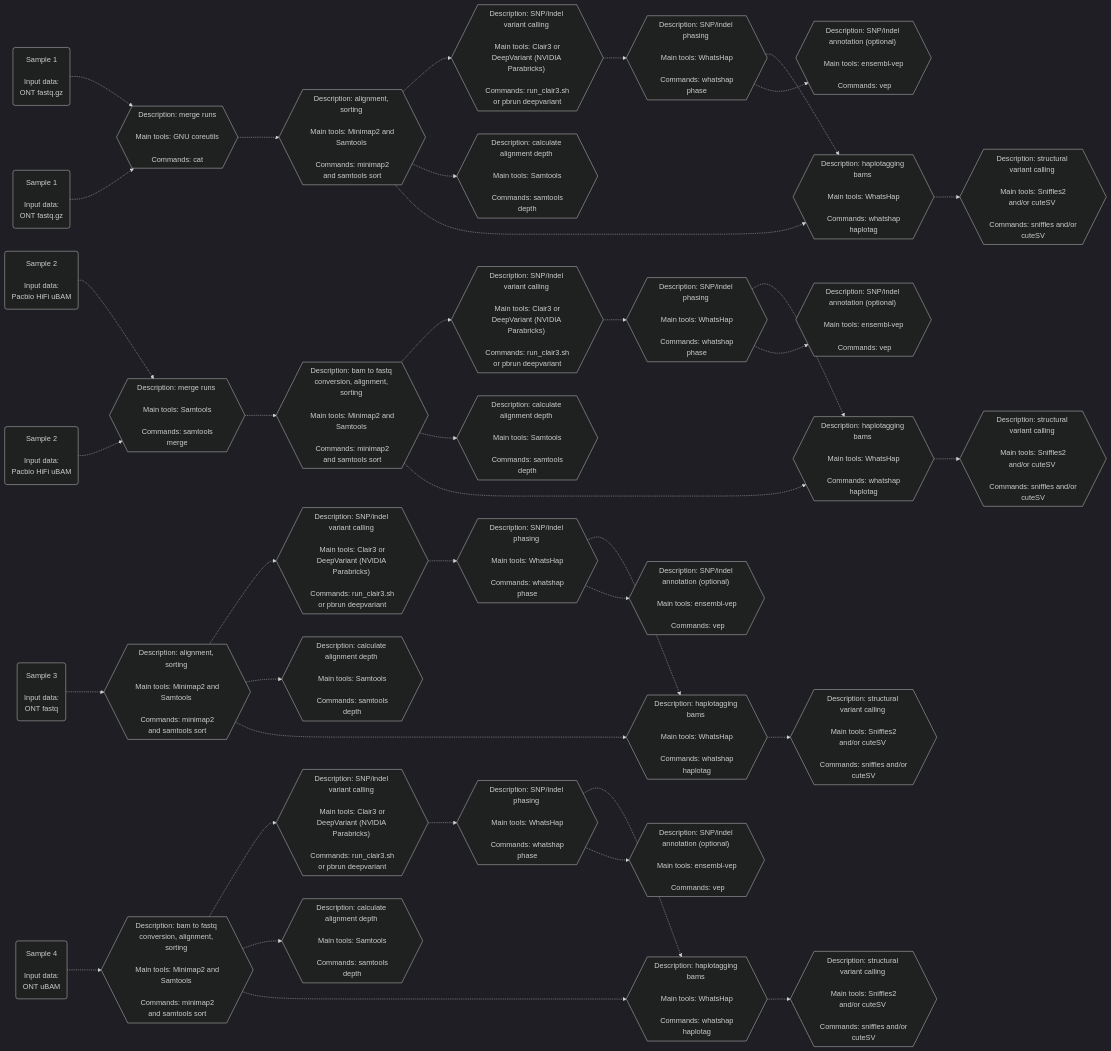
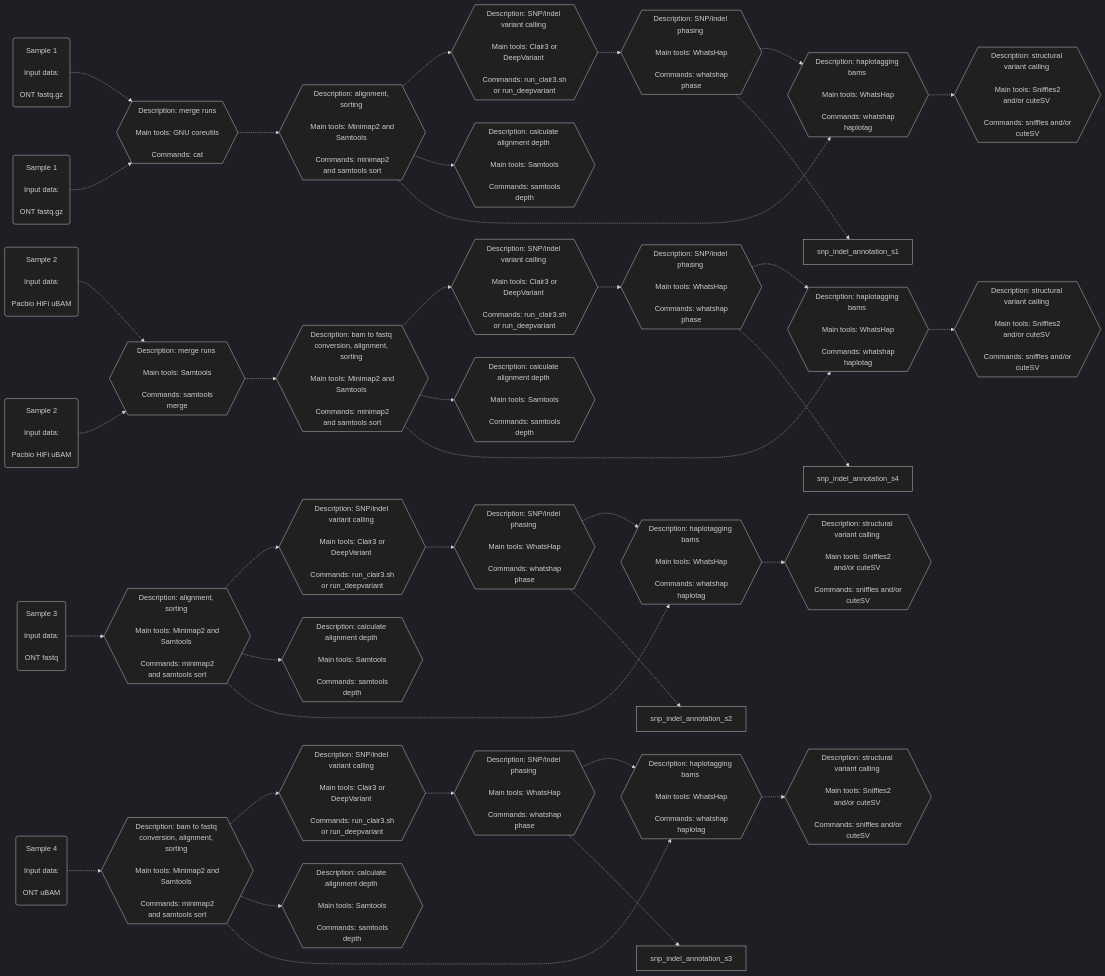
Before and after one commit to leahkemp/pipeface: the second of 2 diagrams in README.md, drawn with Mermaid. The commit also changed other lines of this file and 3 other files, not shown here.

````diff
--- a/README.md
+++ b/README.md
@@ -39,73 +39,68 @@
 ```mermaid
 %%{init: {'theme':'dark'}}%%
 flowchart LR
 
-ont_data_f1("Sample 1 <br><br> Input data: <br> ONT fastq.gz")
-ont_data_f2("Sample 1 <br><br> Input data: <br> ONT fastq.gz")
-pacbio_data_f3("Sample 2 <br><br> Input data: <br> Pacbio HiFi uBAM")
-pacbio_data_f4("Sample 2 <br><br> Input data: <br> Pacbio HiFi uBAM")
-ont_data_f5("Sample 3 <br><br> Input data: <br> ONT fastq")
-ont_data_f6("Sample 4 <br><br> Input data: <br> ONT uBAM")
+ont_data_f1("Sample 1 \n\n Input data: \n\n ONT fastq.gz")
+ont_data_f2("Sample 1 \n\n Input data: \n\n ONT fastq.gz")
+pacbio_data_f3("Sample 2 \n\n Input data: \n\n Pacbio HiFi uBAM")
+pacbio_data_f4("Sample 2 \n\n Input data: \n\n Pacbio HiFi uBAM")
+ont_data_f5("Sample 3 \n\n Input data: \n\n ONT fastq")
+ont_data_f6("Sample 4 \n\n Input data: \n\n ONT uBAM")
 
-merging_m1{{"Description: merge runs <br><br> Main tools: GNU coreutils <br><br> Commands: cat"}}
-merging_m2{{"Description: merge runs <br><br> Main tools: Samtools <br><br> Commands: samtools merge"}}
+merging_m1{{"Description: merge runs \n\n Main tools: GNU coreutils \n\n Commands: cat"}}
+merging_m2{{"Description: merge runs \n\n Main tools: Samtools \n\n Commands: samtools merge"}}
 
-alignment_s1{{"Description: alignment, sorting <br><br> Main tools: Minimap2 and Samtools <br><br> Commands: minimap2 and samtools sort"}}
-alignment_s2{{"Description: alignment, sorting <br><br> Main tools: Minimap2 and Samtools <br><br> Commands: minimap2 and samtools sort"}}
-alignment_s3{{"Description: bam to fastq conversion, alignment, sorting <br><br> Main tools: Minimap2 and Samtools <br><br> Commands: minimap2 and samtools sort"}}
-alignment_s4{{"Description: bam to fastq conversion, alignment, sorting <br><br> Main tools: Minimap2 and Samtools <br><br> Commands: minimap2 and samtools sort"}}
+alignment_s1{{"Description: alignment, sorting \n\n Main tools: Minimap2 and Samtools \n\n Commands: minimap2 and samtools sort"}}
+alignment_s2{{"Description: alignment, sorting \n\n Main tools: Minimap2 and Samtools \n\n Commands: minimap2 and samtools sort"}}
+alignment_s3{{"Description: bam to fastq conversion, alignment, sorting \n\n Main tools: Minimap2 and Samtools \n\n Commands: minimap2 and samtools sort"}}
+alignment_s4{{"Description: bam to fastq conversion, alignment, sorting \n\n Main tools: Minimap2 and Samtools \n\n Commands: minimap2 and samtools sort"}}
 
-depth_s1{{"Description: calculate alignment depth <br><br> Main tools: Samtools <br><br> Commands: samtools depth"}}
-depth_s2{{"Description: calculate alignment depth <br><br> Main tools: Samtools <br><br> Commands: samtools depth"}}
-depth_s3{{"Description: calculate alignment depth <br><br> Main tools: Samtools <br><br> Commands: samtools depth"}}
-depth_s4{{"Description: calculate alignment depth <br><br> Main tools: Samtools <br><br> Commands: samtools depth"}}
+depth_s1{{"Description: calculate alignment depth \n\n Main tools: Samtools \n\n Commands: samtools depth"}}
+depth_s2{{"Description: calculate alignment depth \n\n Main tools: Samtools \n\n Commands: samtools depth"}}
+depth_s3{{"Description: calculate alignment depth \n\n Main tools: Samtools \n\n Commands: samtools depth"}}
+depth_s4{{"Description: calculate alignment depth \n\n Main tools: Samtools \n\n Commands: samtools depth"}}
 
-snp_indel_calling_s1{{"Description: SNP/indel variant calling <br><br> Main tools: Clair3 or DeepVariant (NVIDIA Parabricks) <br><br> Commands: run_clair3.sh or pbrun deepvariant"}}
-snp_indel_calling_s2{{"Description: SNP/indel variant calling <br><br> Main tools: Clair3 or DeepVariant (NVIDIA Parabricks) <br><br> Commands: run_clair3.sh or pbrun deepvariant"}}
-snp_indel_calling_s3{{"Description: SNP/indel variant calling <br><br> Main tools: Clair3 or DeepVariant (NVIDIA Parabricks) <br><br> Commands: run_clair3.sh or pbrun deepvariant"}}
-snp_indel_calling_s4{{"Description: SNP/indel variant calling <br><br> Main tools: Clair3 or DeepVariant (NVIDIA Parabricks) <br><br> Commands: run_clair3.sh or pbrun deepvariant"}}
+snp_indel_calling_s1{{"Description: SNP/indel variant calling \n\n Main tools: Clair3 or DeepVariant \n\n Commands: run_clair3.sh or run_deepvariant"}}
+snp_indel_calling_s2{{"Description: SNP/indel variant calling \n\n Main tools: Clair3 or DeepVariant \n\n Commands: run_clair3.sh or run_deepvariant"}}
+snp_indel_calling_s3{{"Description: SNP/indel variant calling \n\n Main tools: Clair3 or DeepVariant \n\n Commands: run_clair3.sh or run_deepvariant"}}
+snp_indel_calling_s4{{"Description: SNP/indel variant calling \n\n Main tools: Clair3 or DeepVariant \n\n Commands: run_clair3.sh or run_deepvariant"}}
 
-snp_indel_phasing_s1{{"Description: SNP/indel phasing <br><br> Main tools: WhatsHap <br><br> Commands: whatshap phase"}}
-snp_indel_phasing_s2{{"Description: SNP/indel phasing <br><br> Main tools: WhatsHap <br><br> Commands: whatshap phase"}}
-snp_indel_phasing_s3{{"Description: SNP/indel phasing <br><br> Main tools: WhatsHap <br><br> Commands: whatshap phase"}}
-snp_indel_phasing_s4{{"Description: SNP/indel phasing <br><br> Main tools: WhatsHap <br><br> Commands: whatshap phase"}}
+snp_indel_phasing_s1{{"Description: SNP/indel phasing \n\n Main tools: WhatsHap \n\n Commands: whatshap phase"}}
+snp_indel_phasing_s2{{"Description: SNP/indel phasing \n\n Main tools: WhatsHap \n\n Commands: whatshap phase"}}
+snp_indel_phasing_s3{{"Description: SNP/indel phasing \n\n Main tools: WhatsHap \n\n Commands: whatshap phase"}}
+snp_indel_phasing_s4{{"Description: SNP/indel phasing \n\n Main tools: WhatsHap \n\n Commands: whatshap phase"}}
 
-snp_indel_annotation_s1{{"Description: SNP/indel annotation (optional) <br><br> Main tools: ensembl-vep <br><br> Commands: vep"}}
-snp_indel_annotation_s2{{"Description: SNP/indel annotation (optional) <br><br> Main tools: ensembl-vep <br><br> Commands: vep"}}
-snp_indel_annotation_s3{{"Description: SNP/indel annotation (optional) <br><br> Main tools: ensembl-vep <br><br> Commands: vep"}}
-snp_indel_annotation_s4{{"Description: SNP/indel annotation (optional) <br><br> Main tools: ensembl-vep <br><br> Commands: vep"}}
+haplotagging_s1{{"Description: haplotagging bams \n\n Main tools: WhatsHap \n\n Commands: whatshap haplotag"}}
+haplotagging_s2{{"Description: haplotagging bams \n\n Main tools: WhatsHap \n\n Commands: whatshap haplotag"}}
+haplotagging_s3{{"Description: haplotagging bams \n\n Main tools: WhatsHap \n\n Commands: whatshap haplotag"}}
+haplotagging_s4{{"Description: haplotagging bams \n\n Main tools: WhatsHap \n\n Commands: whatshap haplotag"}}
 
-haplotagging_s1{{"Description: haplotagging bams <br><br> Main tools: WhatsHap <br><br> Commands: whatshap haplotag"}}
-haplotagging_s2{{"Description: haplotagging bams <br><br> Main tools: WhatsHap <br><br> Commands: whatshap haplotag"}}
-haplotagging_s3{{"Description: haplotagging bams <br><br> Main tools: WhatsHap <br><br> Commands: whatshap haplotag"}}
-haplotagging_s4{{"Description: haplotagging bams <br><br> Main tools: WhatsHap <br><br> Commands: whatshap haplotag"}}
-
-sv_calling_s1{{"Description: structural variant calling <br><br> Main tools: Sniffles2 and/or cuteSV <br><br> Commands: sniffles and/or cuteSV"}}
-sv_calling_s2{{"Description: structural variant calling <br><br> Main tools: Sniffles2 and/or cuteSV <br><br> Commands: sniffles and/or cuteSV"}}
-sv_calling_s3{{"Description: structural variant calling <br><br> Main tools: Sniffles2 and/or cuteSV <br><br> Commands: sniffles and/or cuteSV"}}
-sv_calling_s4{{"Description: structural variant calling <br><br> Main tools: Sniffles2 and/or cuteSV <br><br> Commands: sniffles and/or cuteSV"}}
+sv_calling_s1{{"Description: structural variant calling \n\n Main tools: Sniffles2 and/or cuteSV \n\n Commands: sniffles and/or cuteSV"}}
+sv_calling_s2{{"Description: structural variant calling \n\n Main tools: Sniffles2 and/or cuteSV \n\n Commands: sniffles and/or cuteSV"}}
+sv_calling_s3{{"Description: structural variant calling \n\n Main tools: Sniffles2 and/or cuteSV \n\n Commands: sniffles and/or cuteSV"}}
+sv_calling_s4{{"Description: structural variant calling \n\n Main tools: Sniffles2 and/or cuteSV \n\n Commands: sniffles and/or cuteSV"}}
 
 ont_data_f1-.->merging_m1-.->alignment_s1-.->snp_indel_calling_s1-.->snp_indel_phasing_s1-.->haplotagging_s1-.->sv_calling_s1
 ont_data_f2-.->merging_m1
 ont_data_f5-.->alignment_s2-.->snp_indel_calling_s2-.->snp_indel_phasing_s2-.->haplotagging_s2-.->sv_calling_s2
 ont_data_f6-.->alignment_s3-.->snp_indel_calling_s3-.->snp_indel_phasing_s3-.->haplotagging_s3-.->sv_calling_s3
 
 pacbio_data_f3-.->merging_m2-.->alignment_s4-.->snp_indel_calling_s4-.->snp_indel_phasing_s4-.->haplotagging_s4-.->sv_calling_s4
 pacbio_data_f4-.->merging_m2
 
 alignment_s1-.->depth_s1
 alignment_s2-.->depth_s2
 alignment_s3-.->depth_s3
 alignment_s4-.->depth_s4
 
 alignment_s1-.->haplotagging_s1
 alignment_s2-.->haplotagging_s2
 alignment_s3-.->haplotagging_s3
 alignment_s4-.->haplotagging_s4
 
 snp_indel_phasing_s1-.->snp_indel_annotation_s1
 snp_indel_phasing_s2-.->snp_indel_annotation_s2
 snp_indel_phasing_s3-.->snp_indel_annotation_s3
 snp_indel_phasing_s4-.->snp_indel_annotation_s4
 
 ```
````
